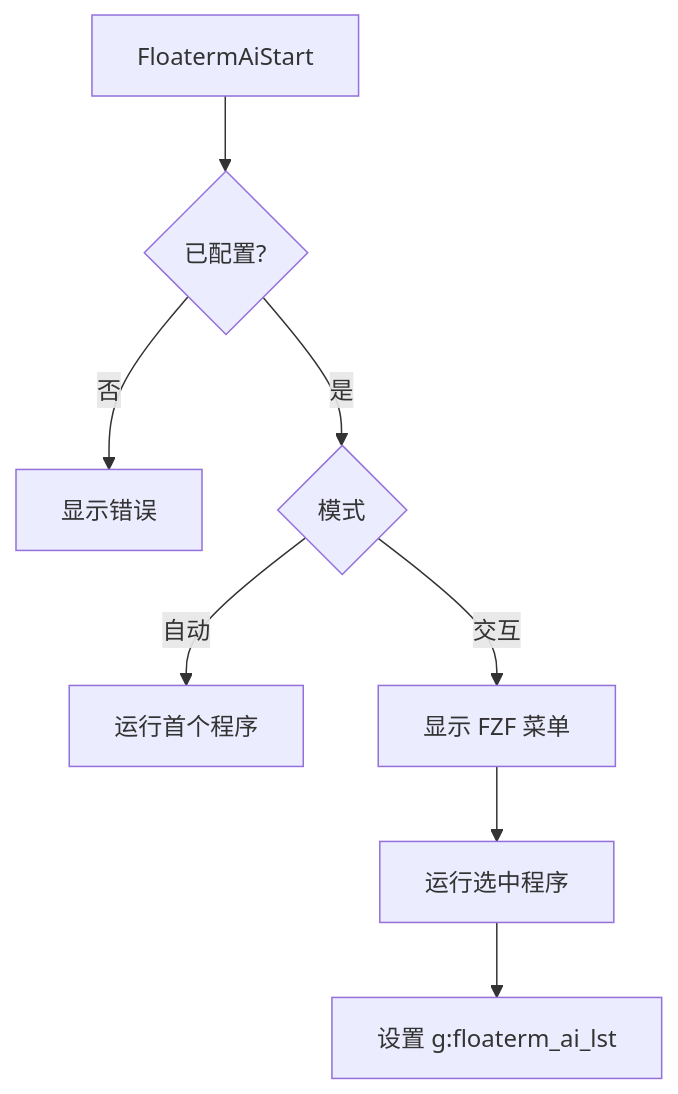
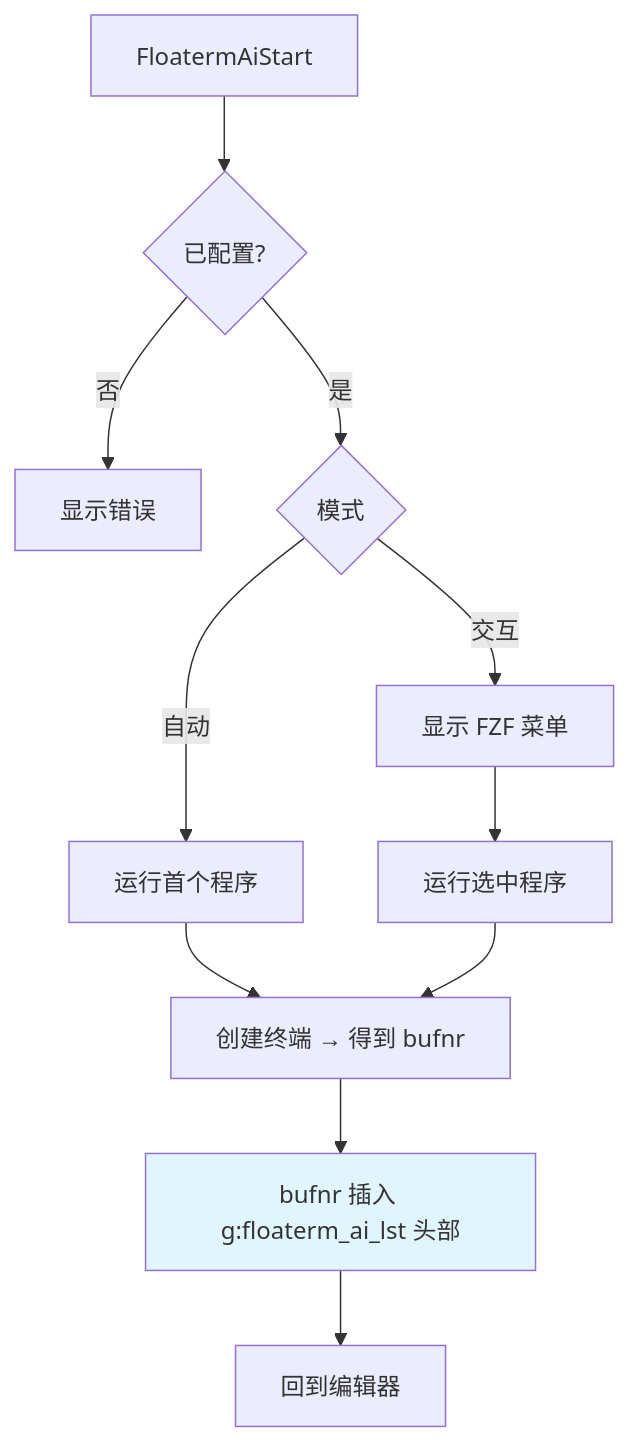
Before and after one commit to leoatchina/vim-floaterm-enhance: the first of 5 diagrams in README_cn.md, drawn with Mermaid. The commit also changed other lines of this file and 1 other file, not shown here.

````diff
--- a/README_cn.md
+++ b/README_cn.md
@@ -91,10 +99,15 @@
 ```mermaid
 graph TB
     Start[FloatermAiStart] --> Check{已配置?}
     Check -->|否| Error[显示错误]
     Check -->|是| Select{模式}
     Select -->|自动| RunFirst[运行首个程序]
     Select -->|交互| FZF[显示 FZF 菜单]
     FZF --> Run[运行选中程序]
-    Run --> SetBuf[设置 g:floaterm_ai_lst]
+    RunFirst --> NewTerm[创建终端 → 得到 bufnr]
+    Run --> NewTerm
+    NewTerm --> PushFront["bufnr 插入 g:floaterm_ai_lst 头部"]
+    PushFront --> Return[回到编辑器]
+
+    style PushFront fill:#e1f5fe
 ```
````
